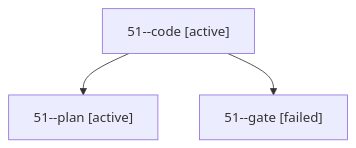
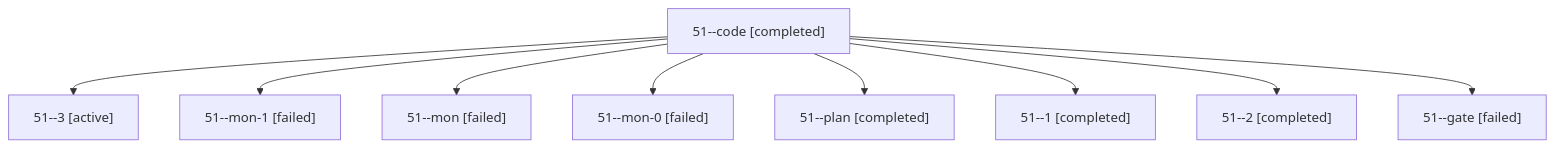
One commit to sase-org/sase--agents changed the diagram in sessions/bbugyi200.apollo.51.md. Above: the diagram before and after it, drawn with Mermaid. The commit also changed other lines of this file and 52 other files, not shown here.

````diff
--- a/sessions/bbugyi200.apollo.51.md
+++ b/sessions/bbugyi200.apollo.51.md
@@ -9,8 +9,20 @@
 ```mermaid
 flowchart TD
-  n0["51--code [active]"]
-  n1["51--plan [active]"]
+  n0["51--code [completed]"]
+  n1["51--3 [active]"]
   n0 --> n1
-  n2["51--gate [failed]"]
+  n2["51--mon-1 [failed]"]
   n0 --> n2
+  n3["51--mon [failed]"]
+  n0 --> n3
+  n4["51--mon-0 [failed]"]
+  n0 --> n4
+  n5["51--plan [completed]"]
+  n0 --> n5
+  n6["51--1 [completed]"]
+  n0 --> n6
+  n7["51--2 [completed]"]
+  n0 --> n7
+  n8["51--gate [failed]"]
+  n0 --> n8
 ```
````
